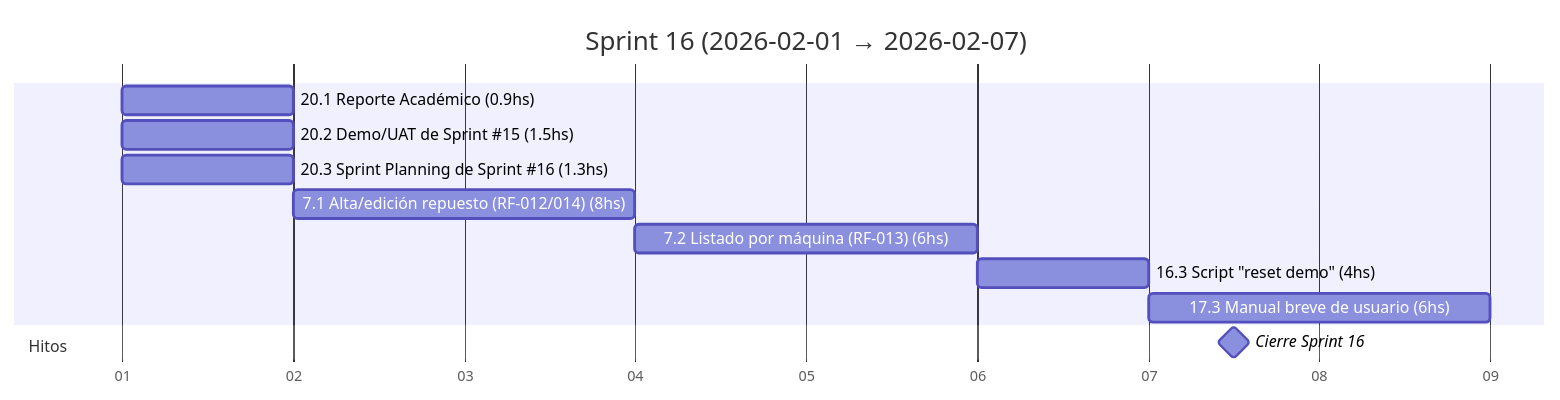
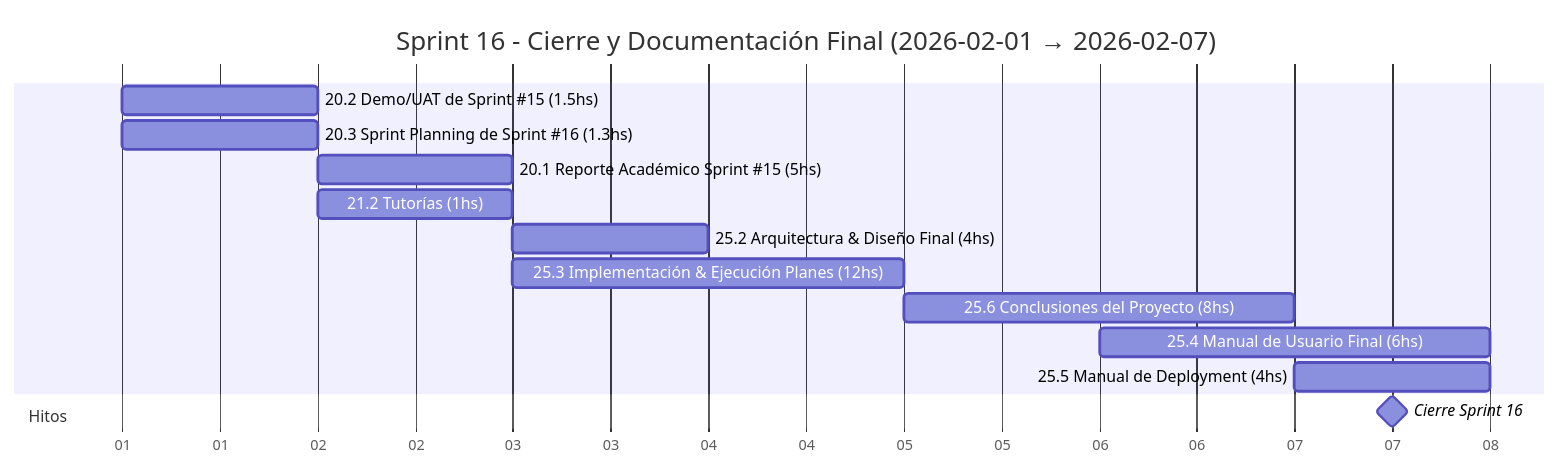
Before and after one commit to MarkMed/FleetMan: diagram 17 of 19 in docs/SprintsGantts.md, drawn with Mermaid. The commit also changed other lines of this file and 2 other files, not shown here.

Commit message:
refactor(sprints): update Sprint #16 and #17 objectives, tasks, and documentation focus

````diff
--- a/docs/SprintsGantts.md
+++ b/docs/SprintsGantts.md
@@ -514,19 +514,23 @@
 ```mermaid
 gantt
-  title Sprint 16 (2026-02-01 → 2026-02-07)
+  title Sprint 16 - Cierre y Documentación Final (2026-02-01 → 2026-02-07)
   dateFormat  YYYY-MM-DD
   axisFormat  %d
 
-  %% Asumimos 5 h/día. Horas estimadas incluidas en el nombre.
+  %% Asumimos 5 h/día. Sprint de documentación 100%, sin desarrollo.
 
-  20.1 Reporte Académico (0.9hs)               :t201, 2026-02-01, 1d
   20.2 Demo/UAT de Sprint #15 (1.5hs)          :t202, 2026-02-01, 1d
-  20.3 Sprint Planning de Sprint #16 (1.3hs)      :t203, 2026-02-01, 1d
-  7.1 Alta/edición repuesto (RF-012/014) (8hs) :t71, after t203, 2d
-  7.2 Listado por máquina (RF-013) (6hs)       :t72, after t71, 2d
-  16.3 Script "reset demo" (4hs)               :t163, after t72, 1d
-  17.3 Manual breve de usuario (6hs)           :t173, after t163, 2d
+  20.3 Sprint Planning de Sprint #16 (1.3hs)   :t203, 2026-02-01, 1d
+
+  20.1 Reporte Académico Sprint #15 (5hs)      :t201, 2026-02-02, 1d
+  21.2 Tutorías (1hs)                          :t212, 2026-02-02, 1d
+
+  25.2 Arquitectura & Diseño Final (4hs)       :t252, 2026-02-03, 1d
+  25.3 Implementación & Ejecución Planes (12hs) :t253, 2026-02-03, 2d
+  25.6 Conclusiones del Proyecto (8hs)         :t256, 2026-02-05, 2d
+  25.4 Manual de Usuario Final (6hs)           :t254, 2026-02-06, 2d
+  25.5 Manual de Deployment (4hs)              :t255, 2026-02-07, 1d
 
   section Hitos
   Cierre Sprint 16                             :milestone, s16, 2026-02-07, 1d
 ```
````
